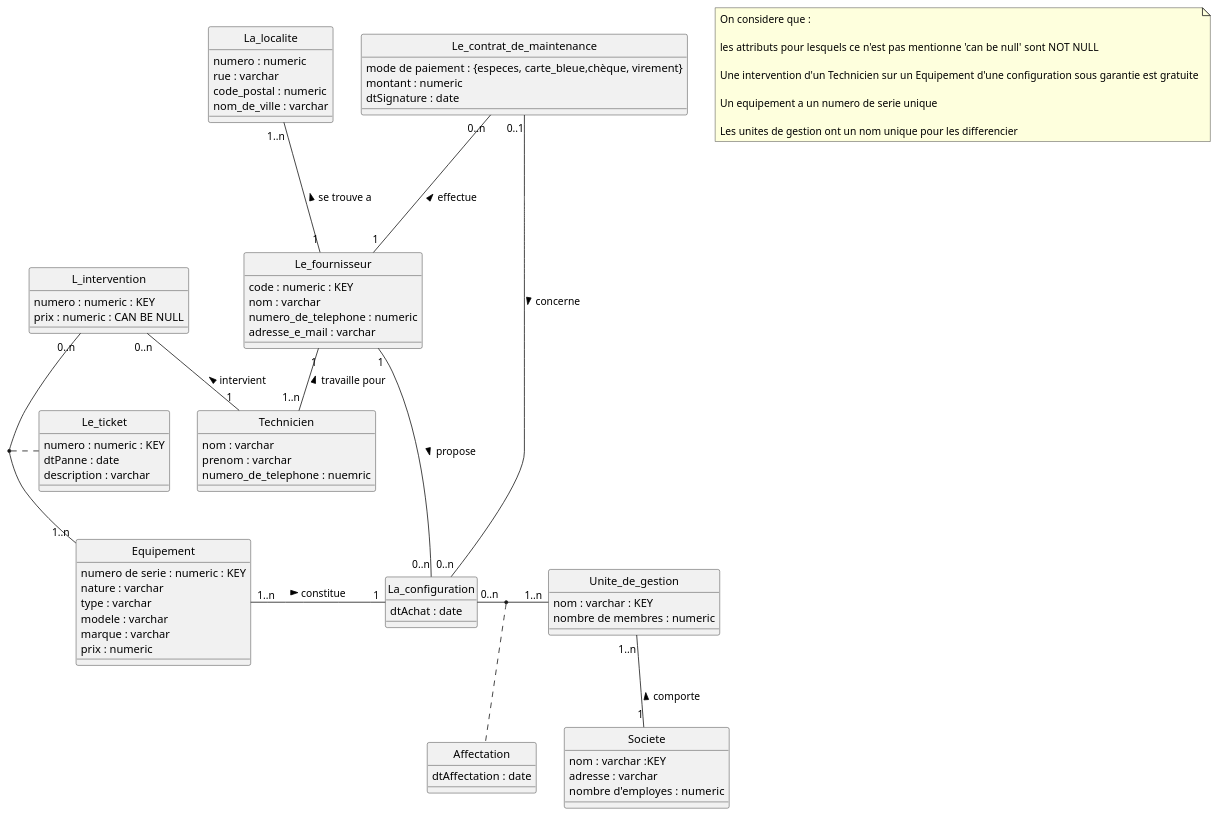
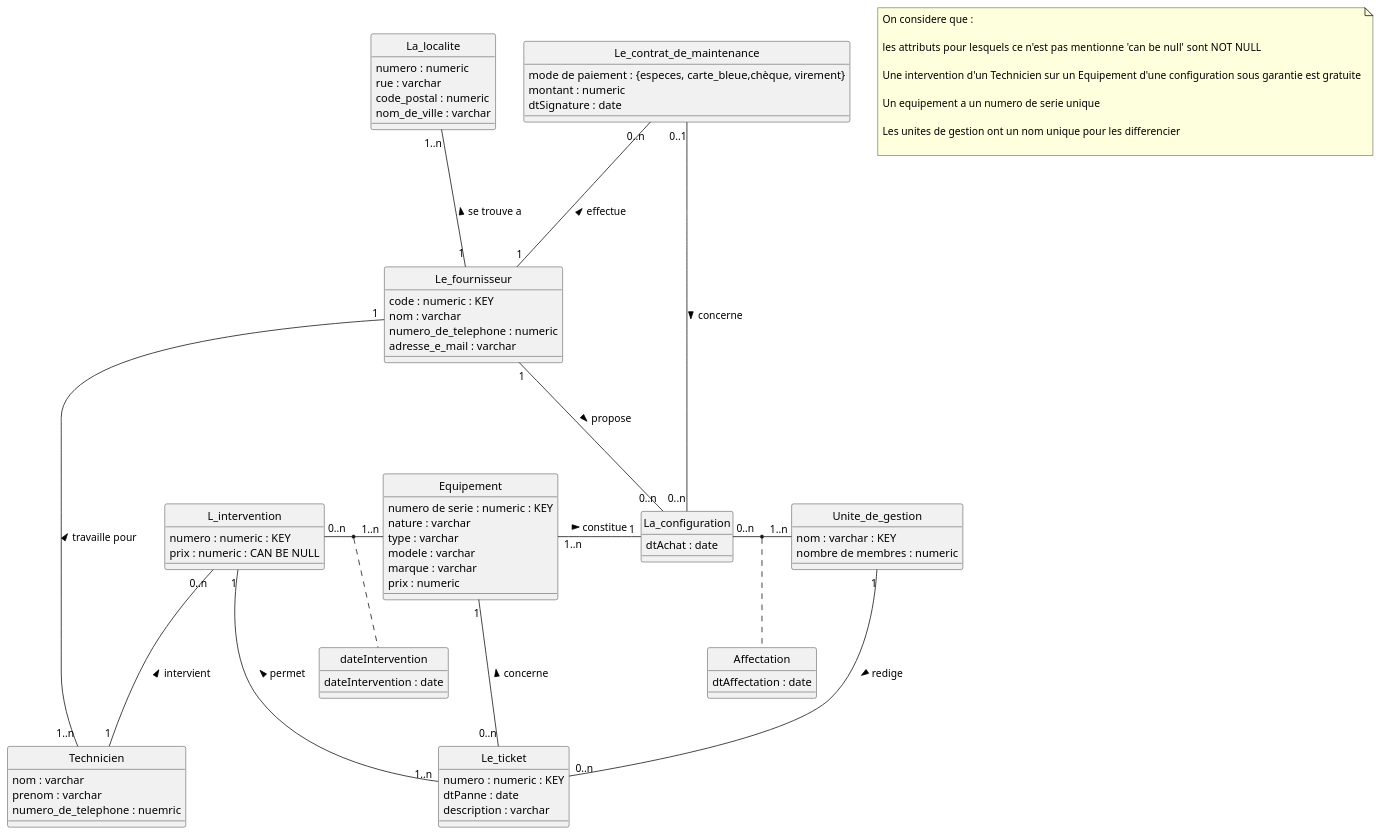
Before and after one commit to pltheoclement/nf18: the diagram in Parc informatique.plantuml, drawn with PlantUML.

Commit message:
Update Parc informatique.plantuml

```diff
--- a/Parc informatique.plantuml
+++ b/Parc informatique.plantuml
@@ -1,99 +1,100 @@
 @startuml
 hide circle
 
 class Equipement {
   numero de serie : numeric : KEY
   nature : varchar
   type : varchar
   modele : varchar
   marque : varchar
   prix : numeric
 }
 
 class Le_ticket {
   numero : numeric : KEY
   dtPanne : date
   description : varchar
 }
 
 
 class L_intervention {
   numero : numeric : KEY
   prix : numeric : CAN BE NULL
 }
 
 class Technicien {
   nom : varchar
   prenom : varchar
   numero_de_telephone : nuemric
 }
 
 class La_configuration {
   dtAchat : date
 }
 
 
 class Le_fournisseur {
   code : numeric : KEY
   nom : varchar
   numero_de_telephone : numeric
   adresse_e_mail : varchar
 }
 
 class La_localite {
   numero : numeric
   rue : varchar
   code_postal : numeric
   nom_de_ville : varchar
 }
 
 
 class Le_contrat_de_maintenance {
   mode de paiement : {especes, carte_bleue,chèque, virement}
   montant : numeric
   dtSignature : date
 }
 
 
 class Unite_de_gestion {
  nom : varchar : KEY
  nombre de membres : numeric
 }
 
-class Societe {
-  nom : varchar :KEY
-  adresse : varchar
-  nombre d'employes : numeric
-}
 
 class Affectation {
   dtAffectation : date
 }
 
+class dateIntervention {
+  dateIntervention : date
+}
+
 Le_fournisseur "1" -- "1..n" Technicien : travaille pour <
-L_intervention "0..n" -- "1" Technicien : intervient <
+L_intervention "0..n" --- "1" Technicien : intervient <
 La_configuration "0..n" - "1..n" Unite_de_gestion
 (La_configuration,Unite_de_gestion) . Affectation
-L_intervention "0..n" -- "1..n" Equipement
+L_intervention "0..n" - "1..n" Equipement
 Le_contrat_de_maintenance "0..1" -- "0..n" La_configuration : concerne >
 Le_fournisseur "1" --- "0..n" La_configuration : propose >
 Equipement "1..n" - "1" La_configuration : constitue >
 La_localite "1..n" --- "1" Le_fournisseur : se trouve a <
-(Equipement,L_intervention) . Le_ticket
 Le_contrat_de_maintenance "0..n" --- "1" Le_fournisseur  : effectue <
-Unite_de_gestion "1..n" -- "1" Societe : comporte <
-
+Unite_de_gestion "1" --- "0..n" Le_ticket : redige >
+Equipement "1" -- "0..n" Le_ticket : concerne <
+L_intervention "1" -- "1..n" Le_ticket : permet <
+(L_intervention,Equipement) . dateIntervention
 
 note as n1
   On considere que :
 
   les attributs pour lesquels ce n'est pas mentionne 'can be null' sont  NOT NULL
 
   Une intervention d'un Technicien sur un Equipement d'une configuration sous garantie est gratuite
 
   Un equipement a un numero de serie unique
 
   Les unites de gestion ont un nom unique pour les differencier
+
  end note
 
 @enduml
```
